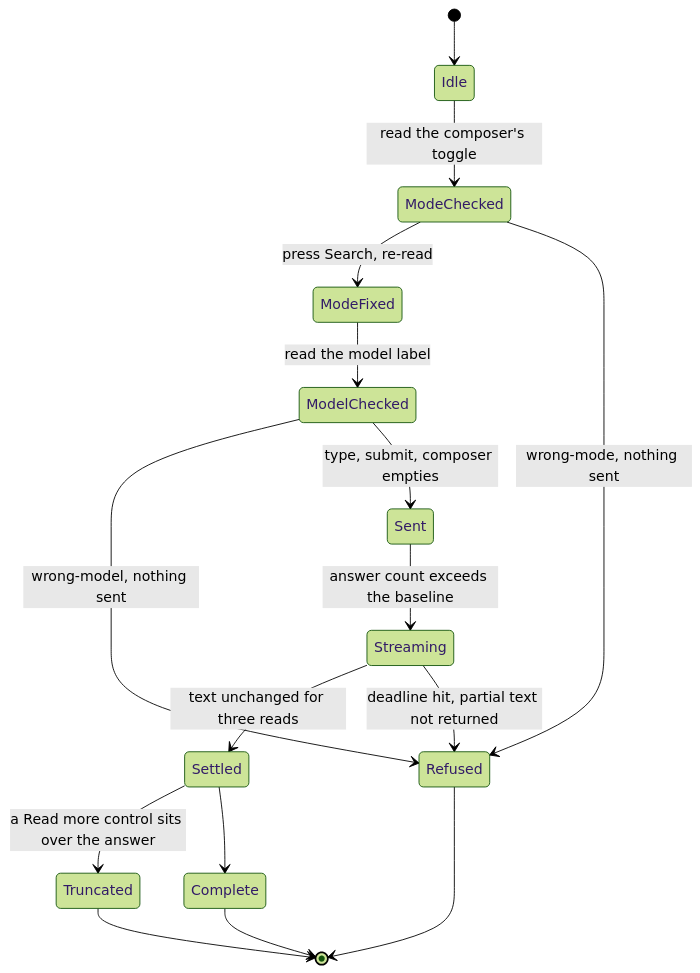
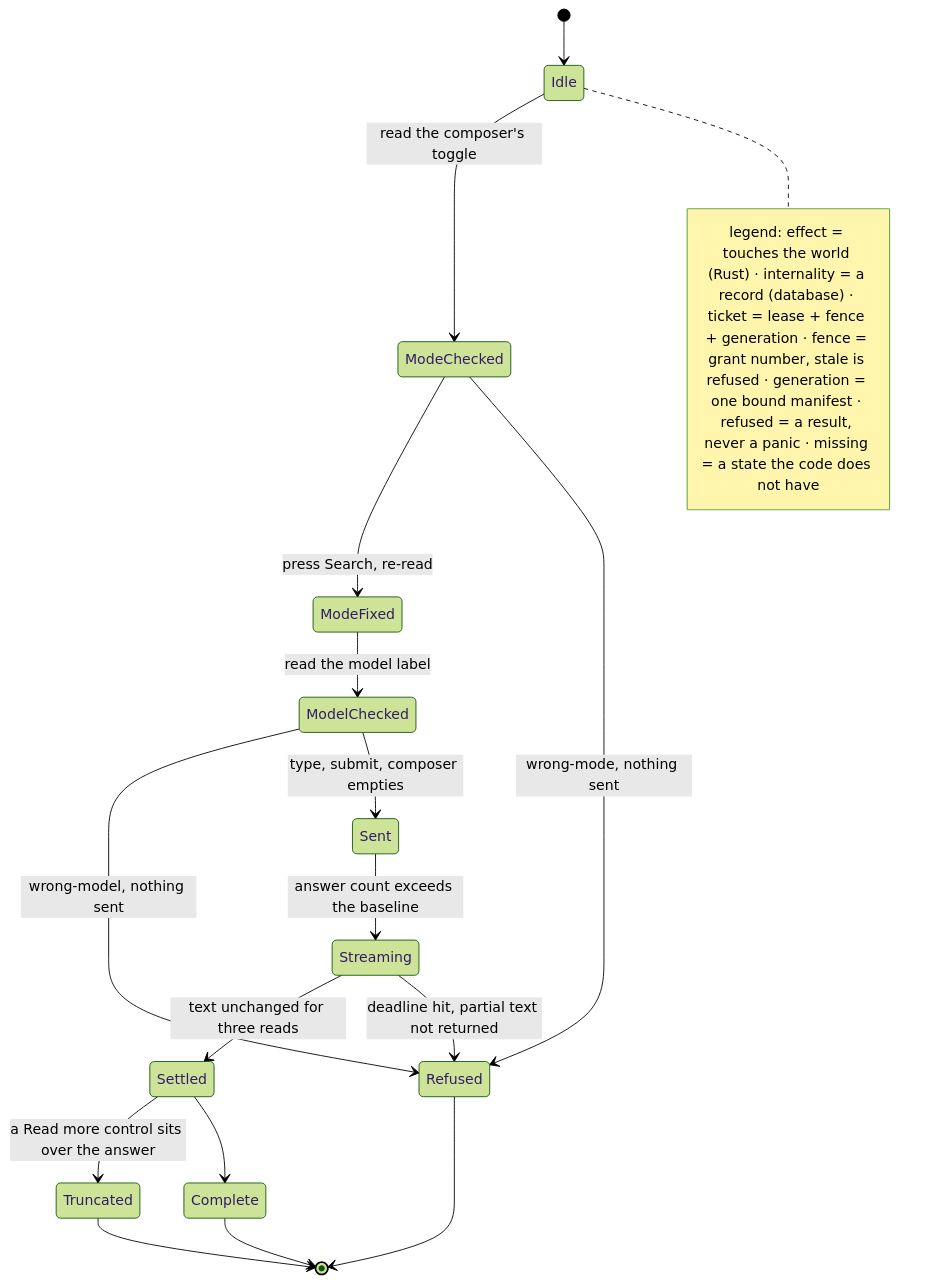
One commit to MergedBeastAgito/Agito changed the first of 4 diagrams in docs/diagram/30-Chat.md. Above: the diagram before and after it, drawn with Mermaid (forest theme). The commit also changed other lines of this file and 16 other files, not shown here.

First line of the commit message:
refactor(rust): add authority abstraction, seal, and ticket improvements

````diff
--- a/docs/diagram/30-Chat.md
+++ b/docs/diagram/30-Chat.md
@@ -8,18 +8,21 @@
 ```mermaid
 stateDiagram-v2
 	[*] --> Idle
 	Idle --> ModeChecked: read the composer's toggle
 	ModeChecked --> ModeFixed: press Search, re-read
 	ModeChecked --> Refused: wrong-mode, nothing sent
 	ModeFixed --> ModelChecked: read the model label
 	ModelChecked --> Refused: wrong-model, nothing sent
 	ModelChecked --> Sent: type, submit, composer empties
 	Sent --> Streaming: answer count exceeds the baseline
 	Streaming --> Settled: text unchanged for three reads
 	Settled --> Truncated: a Read more control sits over the answer
 	Settled --> Complete
 	Streaming --> Refused: deadline hit, partial text not returned
 	Complete --> [*]
 	Truncated --> [*]
 	Refused --> [*]
+	note right of Idle
+		legend: effect = touches the world (Rust) · internality = a record (database) · ticket = lease + fence + generation · fence = grant number, stale is refused · generation = one bound manifest · refused = a result, never a panic · missing = a state the code does not have
+	end note
 ```
````
